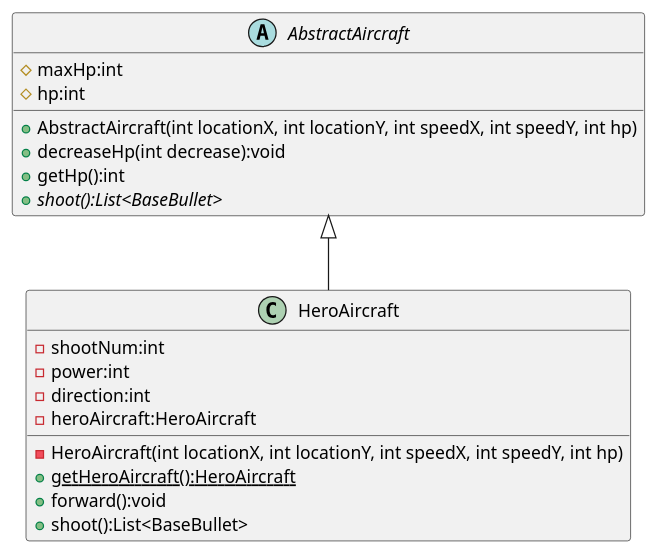
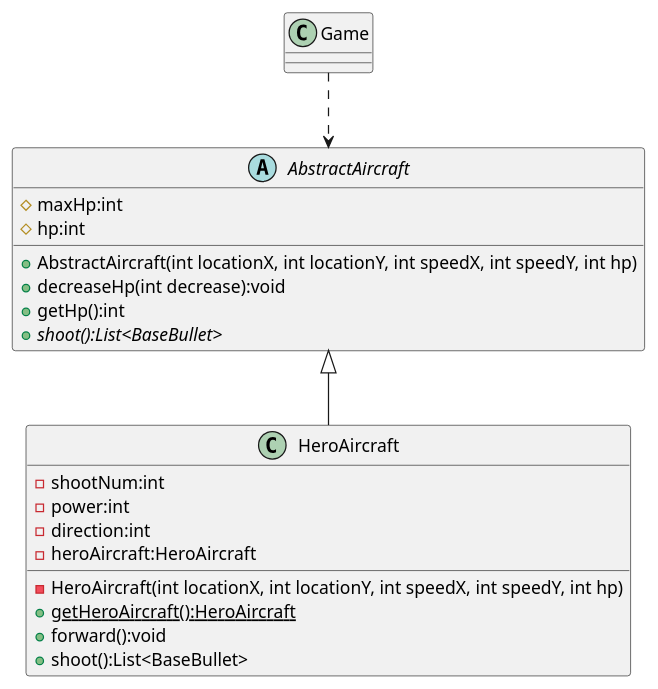
One commit to HenryZ5734/MyAircraftWar changed the diagram in uml/singlehero.puml. Above: the diagram before and after it, drawn with PlantUML. The commit also changed 2 other files, not shown here.

Commit message:
修改了单例模式和工厂模式的uml类图

```diff
--- a/uml/singlehero.puml
+++ b/uml/singlehero.puml
@@ -1,26 +1,29 @@
 @startuml
 
 AbstractAircraft <|-- HeroAircraft
+Game ..> AbstractAircraft
+
+class Game{}
 
 abstract class AbstractAircraft
 {
 	# maxHp:int
     # hp:int
     + AbstractAircraft(int locationX, int locationY, int speedX, int speedY, int hp)
     + decreaseHp(int decrease):void
     + getHp():int
     + {abstract} shoot():List<BaseBullet>
 }
 
 class HeroAircraft {
     - shootNum:int
     - power:int
     - direction:int
     - heroAircraft:HeroAircraft
     - HeroAircraft(int locationX, int locationY, int speedX, int speedY, int hp)
     + {static}getHeroAircraft():HeroAircraft
     + forward():void
     + shoot():List<BaseBullet>
 }
 
 @enduml
```
